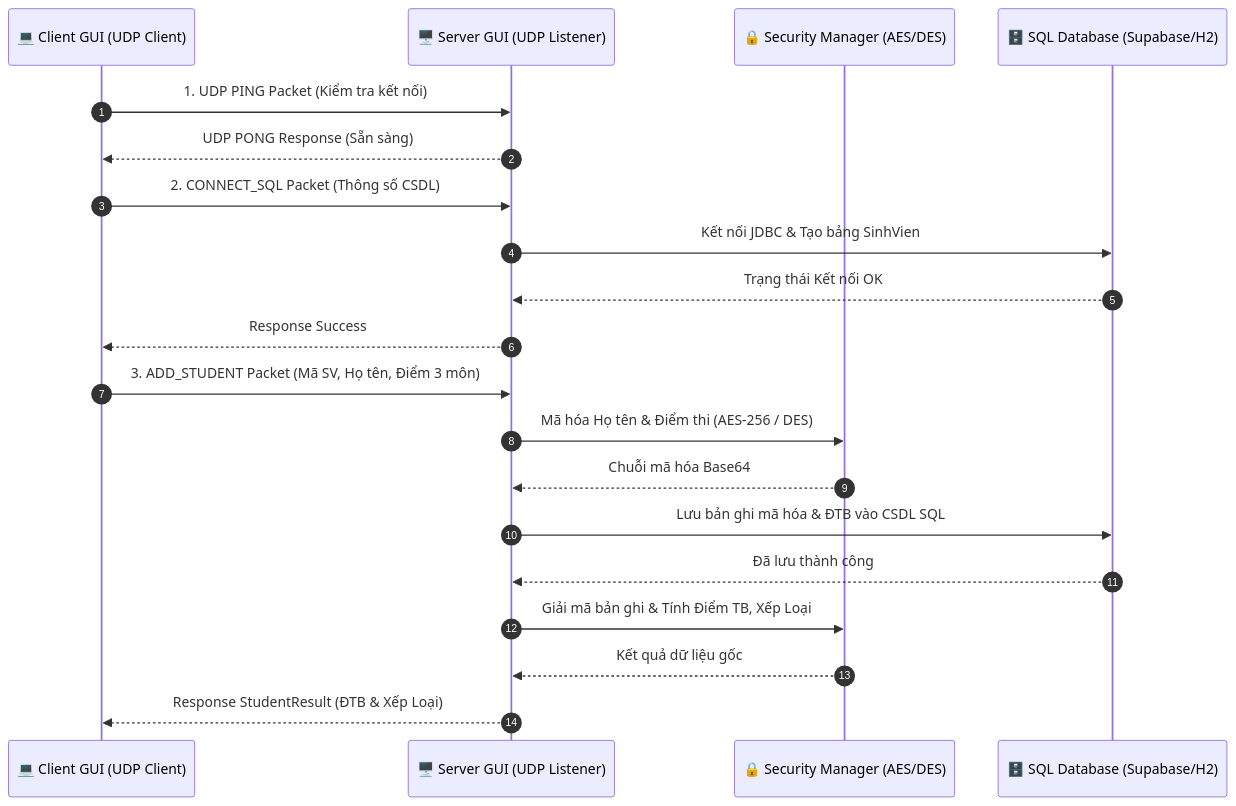
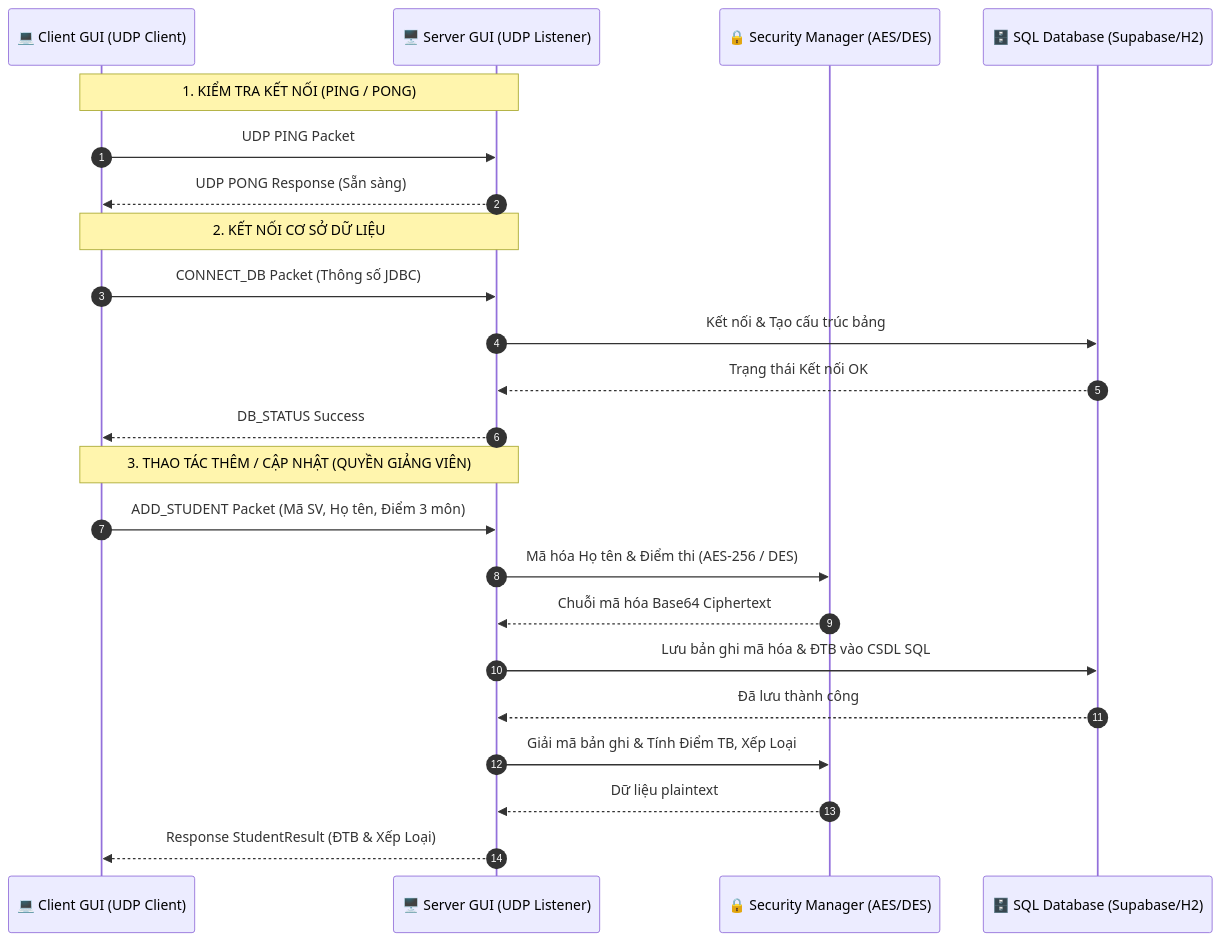
The diagram in README.md (phamcongthanhvn2k6/LapTrinhMang-KetThucMon), drawn with Mermaid before and after one commit. The commit also changed other lines of this file and 16 other files, not shown here.

First line of the commit message:
feat: Nang cap phan quyen Giang vien vs Hoc sinh, Bang diem chi tiet, GPA Simulator va Bo anh giao dien PTIT

````diff
--- a/README.md
+++ b/README.md
@@ -36,25 +86,28 @@
 ```mermaid
 sequenceDiagram
     autonumber
     participant Client as 💻 Client GUI (UDP Client)
     participant Server as 🖥️ Server GUI (UDP Listener)
     participant Sec as 🔒 Security Manager (AES/DES)
     participant DB as 🗄️ SQL Database (Supabase/H2)
 
-    Client->>Server: 1. UDP PING Packet (Kiểm tra kết nối)
+    Note over Client,Server: 1. KIỂM TRA KẾT NỐI (PING / PONG)
+    Client->>Server: UDP PING Packet
     Server-->>Client: UDP PONG Response (Sẵn sàng)
 
-    Client->>Server: 2. CONNECT_SQL Packet (Thông số CSDL)
-    Server->>DB: Kết nối JDBC & Tạo bảng SinhVien
+    Note over Client,Server: 2. KẾT NỐI CƠ SỞ DỮ LIỆU
+    Client->>Server: CONNECT_DB Packet (Thông số JDBC)
+    Server->>DB: Kết nối & Tạo cấu trúc bảng
     DB-->>Server: Trạng thái Kết nối OK
-    Server-->>Client: Response Success
+    Server-->>Client: DB_STATUS Success
 
-    Client->>Server: 3. ADD_STUDENT Packet (Mã SV, Họ tên, Điểm 3 môn)
+    Note over Client,Server: 3. THAO TÁC THÊM / CẬP NHẬT (QUYỀN GIẢNG VIÊN)
+    Client->>Server: ADD_STUDENT Packet (Mã SV, Họ tên, Điểm 3 môn)
     Server->>Sec: Mã hóa Họ tên & Điểm thi (AES-256 / DES)
-    Sec-->>Server: Chuỗi mã hóa Base64
+    Sec-->>Server: Chuỗi mã hóa Base64 Ciphertext
     Server->>DB: Lưu bản ghi mã hóa & ĐTB vào CSDL SQL
     DB-->>Server: Đã lưu thành công
     Server->>Sec: Giải mã bản ghi & Tính Điểm TB, Xếp Loại
-    Sec-->>Server: Kết quả dữ liệu gốc
+    Sec-->>Server: Dữ liệu plaintext
     Server-->>Client: Response StudentResult (ĐTB & Xếp Loại)
 ```
````
